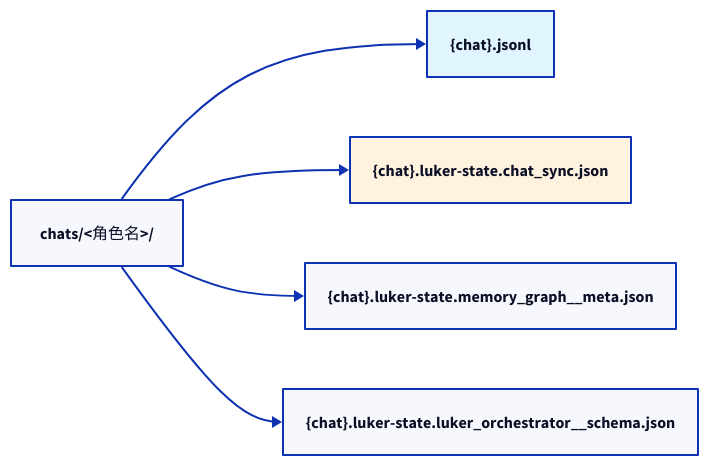
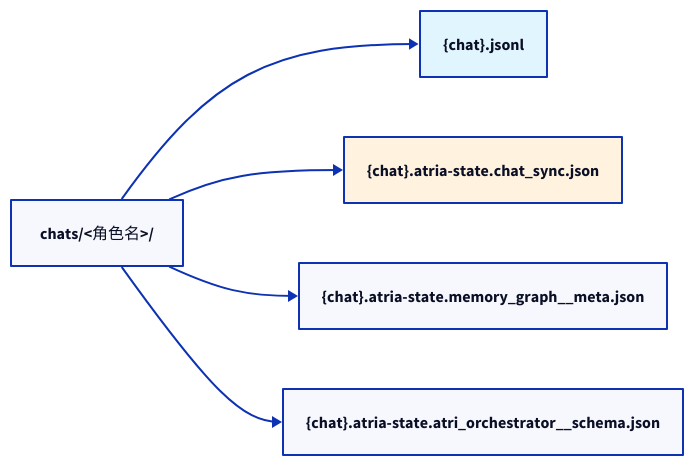
The first of 2 diagrams in docs/zh-CN/improvements/backend-storage.md (ZZZdragondYNGPHX/Atria), drawn with D2 before and after one commit. The commit also changed other lines of this file and 1235 other files, not shown here.

````diff
--- a/docs/zh-CN/improvements/backend-storage.md
+++ b/docs/zh-CN/improvements/backend-storage.md
@@ -31,18 +31,18 @@
 ```d2
 direction: right
 
 DIR: "chats/<角色名>/"
 CHAT: "{chat}.jsonl" {
   style.fill: "#e1f5ff"
 }
-STATE: "{chat}.luker-state.chat_sync.json" {
+STATE: "{chat}.atria-state.chat_sync.json" {
   style.fill: "#fff3e0"
 }
-NS1: "{chat}.luker-state.memory_graph__meta.json"
-NS2: "{chat}.luker-state.luker_orchestrator__schema.json"
+NS1: "{chat}.atria-state.memory_graph__meta.json"
+NS2: "{chat}.atria-state.atri_orchestrator__schema.json"
 
 DIR -> CHAT
 DIR -> STATE
 DIR -> NS1
 DIR -> NS2
 ```
````
